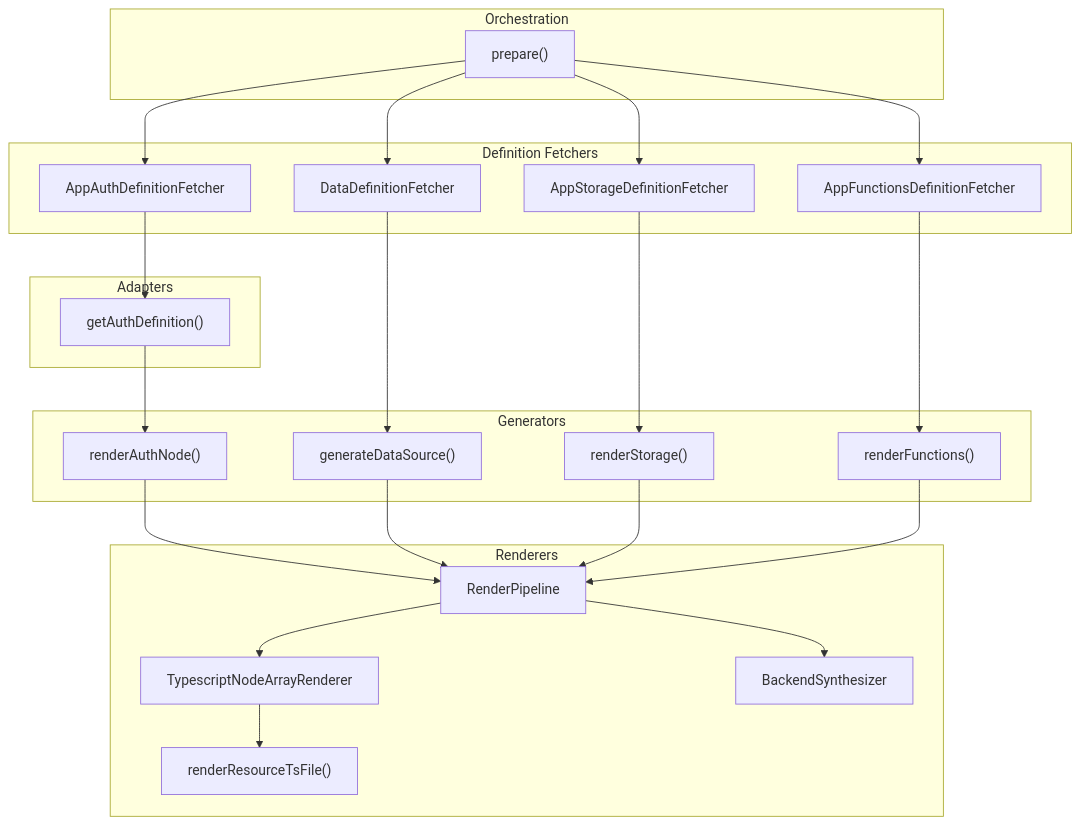
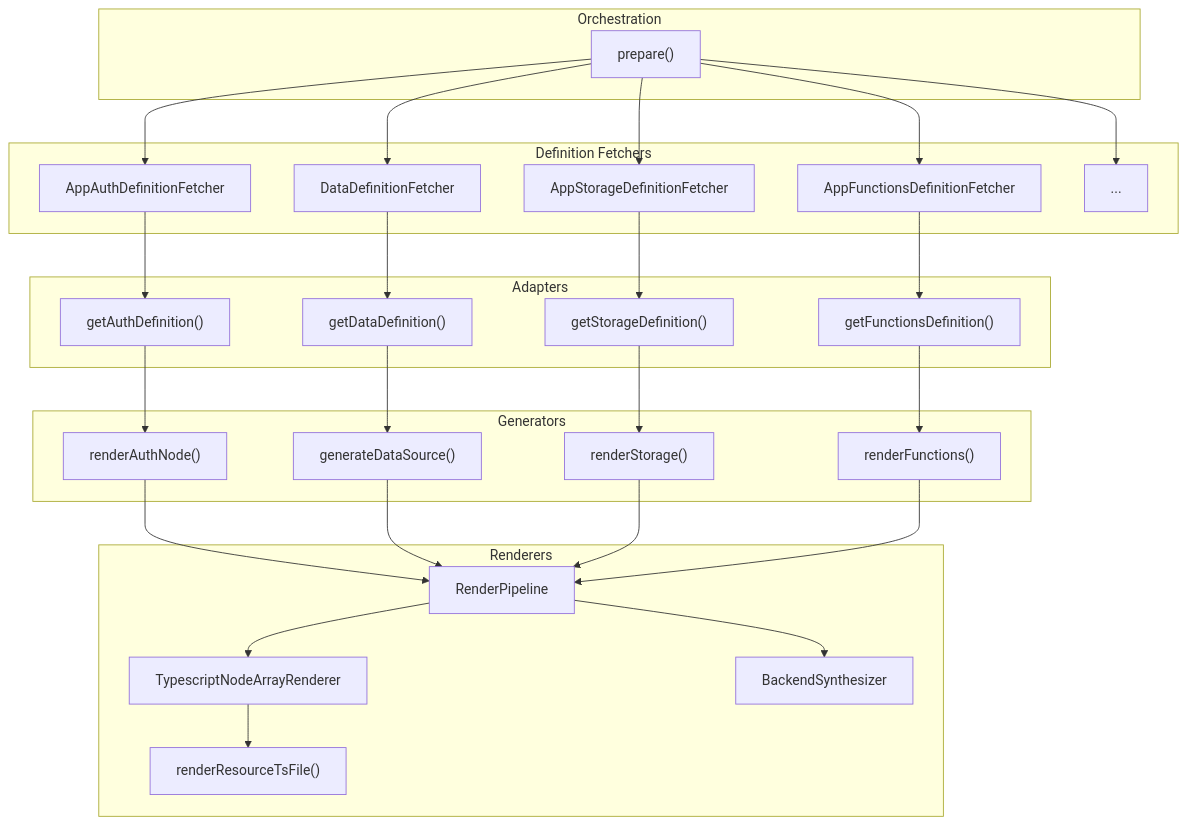
Before and after one commit to aws-amplify/amplify-cli: the diagram in docs/amplify-cli/src/gen2-migration/codegen-generate.md, drawn with Mermaid. The commit also changed other lines of this file and 1 other file, not shown here.

Commit message:
feat: readme changes v1

````diff
--- a/docs/amplify-cli/src/gen2-migration/codegen-generate.md
+++ b/docs/amplify-cli/src/gen2-migration/codegen-generate.md
@@ -21,40 +21,44 @@
 ```mermaid
 flowchart TD
     subgraph Orchestration
         prepare["prepare()"]
     end
     
     subgraph "Definition Fetchers"
         AuthFetcher["AppAuthDefinitionFetcher"]
         DataFetcher["DataDefinitionFetcher"]
         StorageFetcher["AppStorageDefinitionFetcher"]
         FunctionsFetcher["AppFunctionsDefinitionFetcher"]
+        OtherFetchers["..."]
     end
     
     subgraph "Adapters"
         AuthAdapter["getAuthDefinition()"]
+        DataAdapter["getDataDefinition()"]
+        StorageAdapter["getStorageDefinition()"]
+        FunctionsAdapter["getFunctionsDefinition()"]
     end
     
     subgraph "Generators"
         AuthGen["renderAuthNode()"]
         DataGen["generateDataSource()"]
         StorageGen["renderStorage()"]
         FunctionsGen["renderFunctions()"]
     end
     
     subgraph "Renderers"
         Pipeline["RenderPipeline"]
         TSRenderer["TypescriptNodeArrayRenderer"]
         ResourceTS["renderResourceTsFile()"]
         Backend["BackendSynthesizer"]
     end
     
-    prepare --> AuthFetcher & DataFetcher & StorageFetcher & FunctionsFetcher
+    prepare --> AuthFetcher & DataFetcher & StorageFetcher & FunctionsFetcher & OtherFetchers
     AuthFetcher --> AuthAdapter --> AuthGen
-    DataFetcher --> DataGen
-    StorageFetcher --> StorageGen
-    FunctionsFetcher --> FunctionsGen
+    DataFetcher --> DataAdapter --> DataGen
+    StorageFetcher --> StorageAdapter --> StorageGen
+    FunctionsFetcher --> FunctionsAdapter --> FunctionsGen
     AuthGen & DataGen & StorageGen & FunctionsGen --> Pipeline
     Pipeline --> TSRenderer --> ResourceTS
     Pipeline --> Backend
 ```
````
